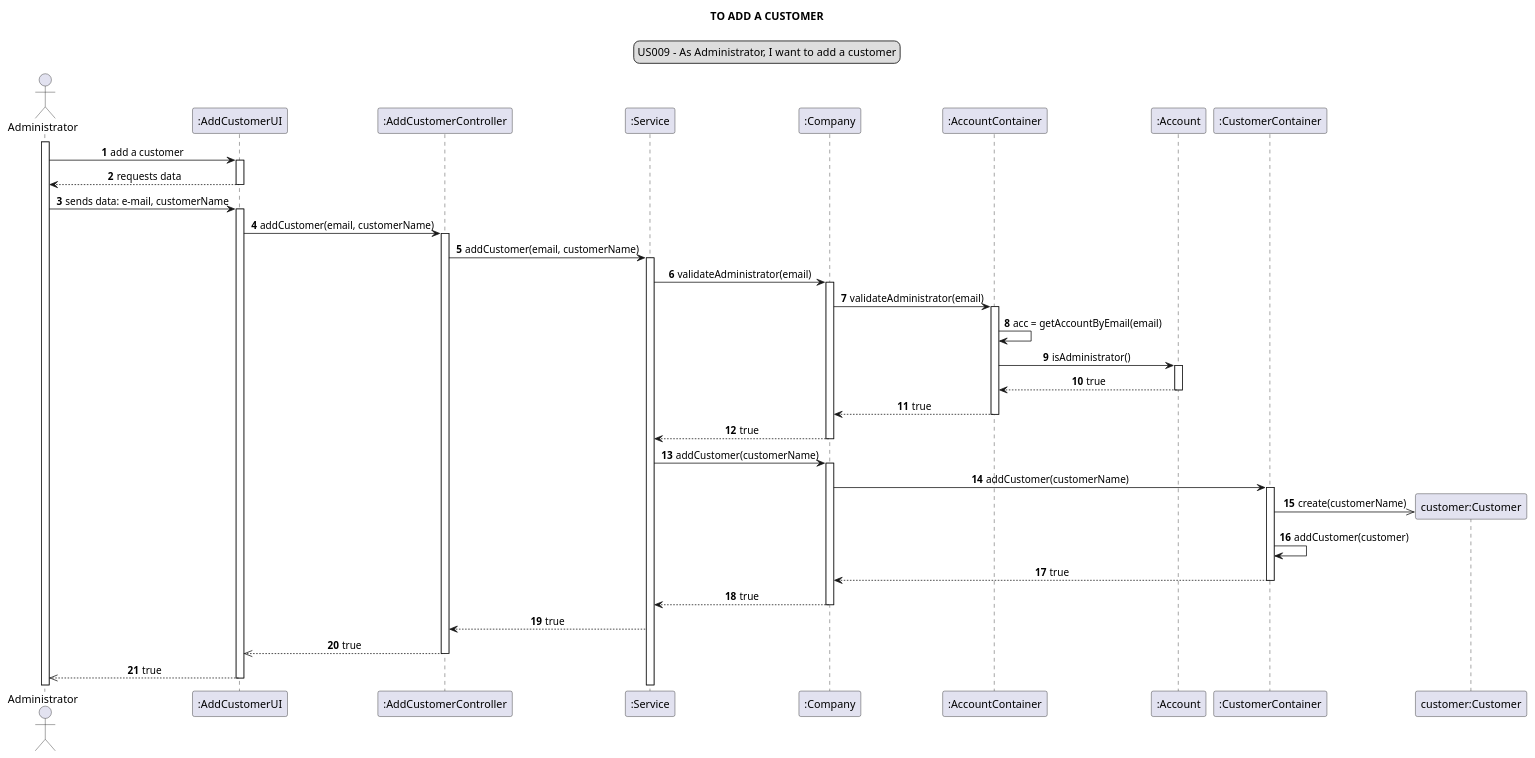
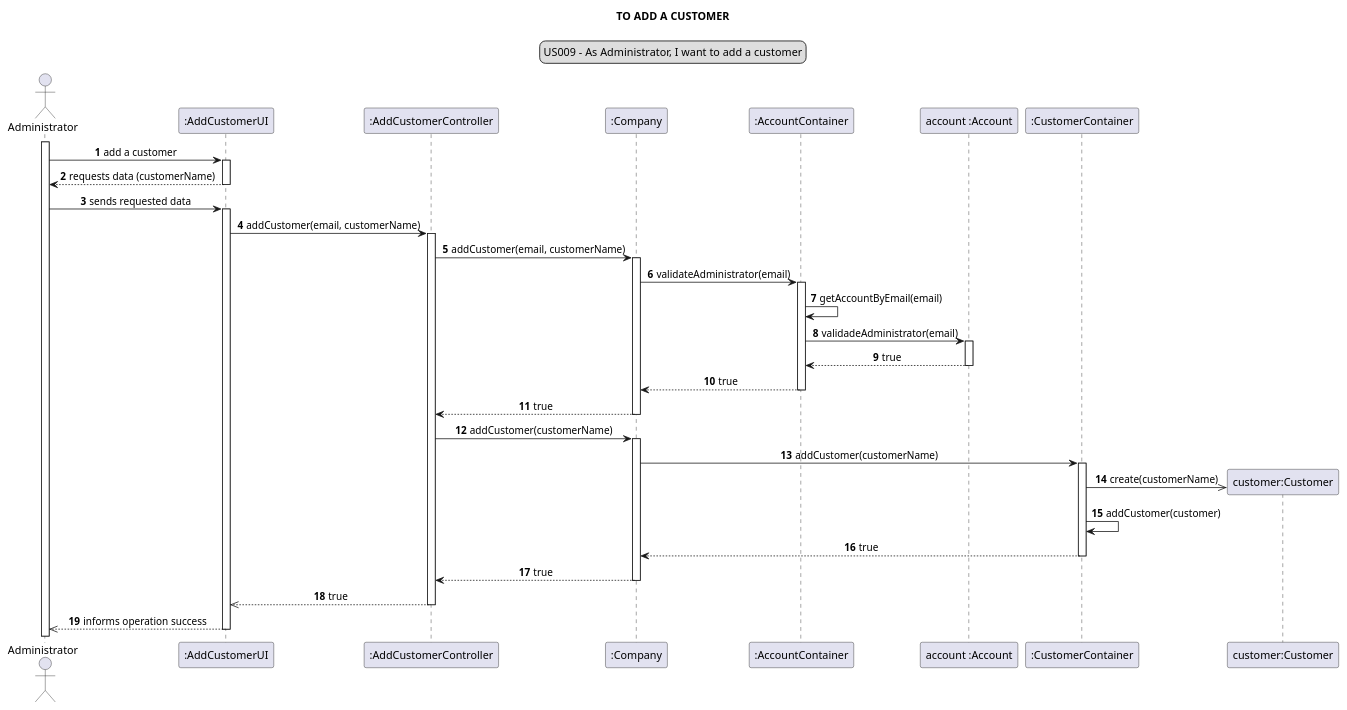
Before and after one commit to Loracline/project_switch_22-23: the diagram in docs/modelling_design/user_stories/us009/US009_sequenceDiagram.puml, drawn with PlantUML. The commit also changed 1 other file, not shown here.

Commit message:
US009: Design: Refined class and sequence diagrams

```diff
--- a/docs/modelling_design/user_stories/us009/US009_sequenceDiagram.puml
+++ b/docs/modelling_design/user_stories/us009/US009_sequenceDiagram.puml
@@ -1,60 +1,57 @@
 @startuml
 skinparam sequenceMessageAlign center
 title TO ADD A CUSTOMER
 legend top
 US009 - As Administrator, I want to add a customer
 end legend
 autonumber
 actor Administrator
 participant ":AddCustomerUI" as ui
 participant ":AddCustomerController" as controller
-participant ":Service" as service
 participant ":Company" as company
 participant ":AccountContainer" as accContainer
-participant ":Account" as acc
+participant "account :Account" as acc
 participant ":CustomerContainer" as container
 participant "customer:Customer" as customer
 
 activate Administrator
 Administrator -> ui: add a customer
 activate ui
-ui --> Administrator: requests data
+ui --> Administrator: requests data (customerName)
 deactivate ui
-Administrator -> ui: sends data: e-mail, customerName
+Administrator -> ui: sends requested data
 activate ui
 ui -> controller: addCustomer(email, customerName)
 activate controller
-controller -> service: addCustomer(email, customerName)
-activate service
-service -> company: validateAdministrator(email)
+controller -> company: addCustomer(email, customerName)
 activate company
 company -> accContainer: validateAdministrator(email)
 activate accContainer
-accContainer -> accContainer: acc = getAccountByEmail(email)
-accContainer -> acc: isAdministrator()
+accContainer -> accContainer: getAccountByEmail(email)
+accContainer -> acc: validadeAdministrator(email)
 activate acc
 acc --> accContainer: true
 deactivate acc
 accContainer --> company: true
 deactivate accContainer
-company --> service: true
+company --> controller: true
 deactivate company
-service -> company: addCustomer(customerName)
+controller -> company: addCustomer(customerName)
 activate company
 company -> container: addCustomer(customerName)
 create customer
 activate container
 container ->> customer: create(customerName)
 container -> container: addCustomer(customer)
 container --> company: true
 deactivate container
-company --> service: true
+company --> controller: true
 deactivate company
-service --> controller: true
+
 
 controller -->> ui: true
 deactivate controller
-ui -->>Administrator: true
+ui -->>Administrator: informs operation success
 deactivate ui
 
 @enduml
```
